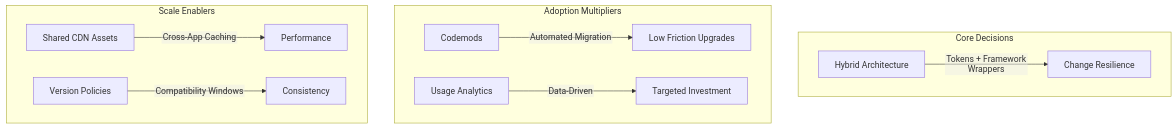
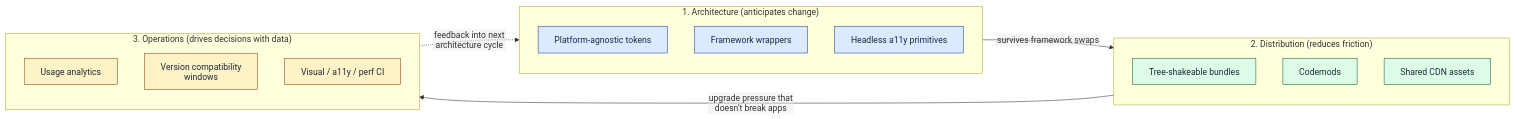
The diagram in content/articles/design-system-implementation-scaling/diagrams/the-mental-model-architecture-enables-change-automation-reduces-friction-data-dr.mermaid (sujeet-pro/sujeet.pro), drawn with Mermaid before and after one commit. The commit also changed 4067 other files, not shown here.

```diff
--- a/content/articles/design-system-implementation-scaling/diagrams/the-mental-model-architecture-enables-change-automation-reduces-friction-data-dr.mermaid
+++ b/content/articles/design-system-implementation-scaling/diagrams/the-mental-model-architecture-enables-change-automation-reduces-friction-data-dr.mermaid
@@ -1,17 +1,32 @@
-%% Diagram: The Mental Model Architecture Enables Change Automation Reduces Friction Data Dr
+%% Diagram: The mental model — three forces that compound or undermine each other
 %% Type: flowchart
 %%{init: {'htmlLabels': false}}%%
-flowchart TB
-    subgraph Core["Core Decisions"]
-        A[Hybrid Architecture] -->|"Tokens + Framework Wrappers"| B[Change Resilience]
+flowchart LR
+    subgraph Architecture["1. Architecture (anticipates change)"]
+        A1[Platform-agnostic tokens]
+        A2[Framework wrappers]
+        A3[Headless a11y primitives]
     end
 
-    subgraph Adoption["Adoption Multipliers"]
-        C[Codemods] -->|"Automated Migration"| D[Low Friction Upgrades]
-        E[Usage Analytics] -->|"Data-Driven"| F[Targeted Investment]
+    subgraph Distribution["2. Distribution (reduces friction)"]
+        D1[Tree-shakeable bundles]
+        D2[Codemods]
+        D3[Shared CDN assets]
     end
 
-    subgraph Scale["Scale Enablers"]
-        G[Shared CDN Assets] -->|"Cross-App Caching"| H[Performance]
-        I[Version Policies] -->|"Compatibility Windows"| J[Consistency]
+    subgraph Operations["3. Operations (drives decisions with data)"]
+        O1[Usage analytics]
+        O2[Version compatibility windows]
+        O3[Visual / a11y / perf CI]
     end
+
+    Architecture -->|"survives framework swaps"| Distribution
+    Distribution -->|"upgrade pressure that doesn't break apps"| Operations
+    Operations -.->|"feedback into next architecture cycle"| Architecture
+
+    classDef arch fill:#dbeafe,stroke:#1e40af,color:#1f2937
+    classDef dist fill:#dcfce7,stroke:#166534,color:#1f2937
+    classDef ops fill:#fef3c7,stroke:#92400e,color:#1f2937
+    class A1,A2,A3 arch
+    class D1,D2,D3 dist
+    class O1,O2,O3 ops
```
